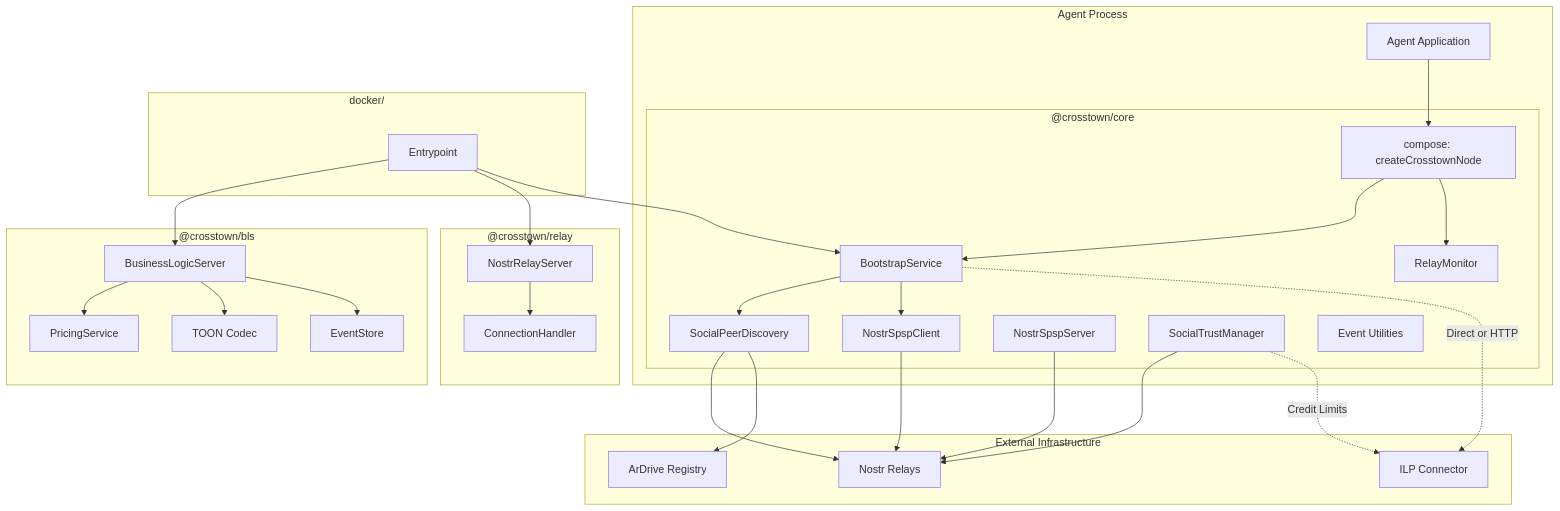
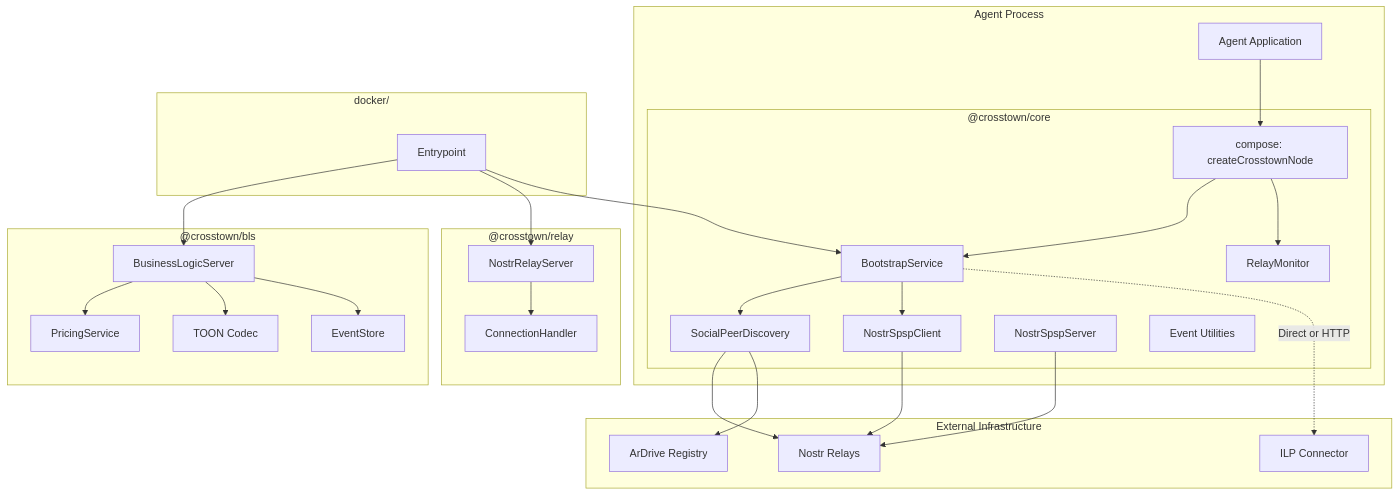
Before and after one commit to ALLiDoizCode/crosstown: the diagram in docs/architecture/2-high-level-architecture.md, drawn with Mermaid. The commit also changed other lines of this file and 8 other files, not shown here.

First line of the commit message:
docs: align architecture documentation with actual project state

````diff
--- a/docs/architecture/2-high-level-architecture.md
+++ b/docs/architecture/2-high-level-architecture.md
@@ -30,60 +26,57 @@
 ```mermaid
 graph TB
     subgraph "Agent Process"
         A[Agent Application]
         subgraph "@crosstown/core"
             BS[BootstrapService]
             RM[RelayMonitor]
             SPD[SocialPeerDiscovery]
             NSC[NostrSpspClient]
             NSS[NostrSpspServer]
-            STM[SocialTrustManager]
             COMP[compose: createCrosstownNode]
             EVT[Event Utilities]
         end
     end
 
     subgraph "@crosstown/bls"
         BLS[BusinessLogicServer]
         PS[PricingService]
         TOON[TOON Codec]
         ES[EventStore]
     end
 
     subgraph "@crosstown/relay"
         WS[NostrRelayServer]
         CH[ConnectionHandler]
     end
 
     subgraph "External Infrastructure"
         NR[Nostr Relays]
         ILC[ILP Connector]
         AR[ArDrive Registry]
     end
 
     subgraph "docker/"
         EP[Entrypoint]
     end
 
     A --> COMP
     COMP --> BS
     COMP --> RM
     BS --> SPD
     BS --> NSC
     SPD --> NR
     NSC --> NR
     NSS --> NR
-    STM --> NR
     SPD --> AR
 
     BS -.->|Direct or HTTP| ILC
-    STM -.->|Credit Limits| ILC
     BLS --> PS
     BLS --> TOON
     BLS --> ES
     WS --> CH
 
     EP --> BLS
     EP --> WS
     EP --> BS
 ```
````
